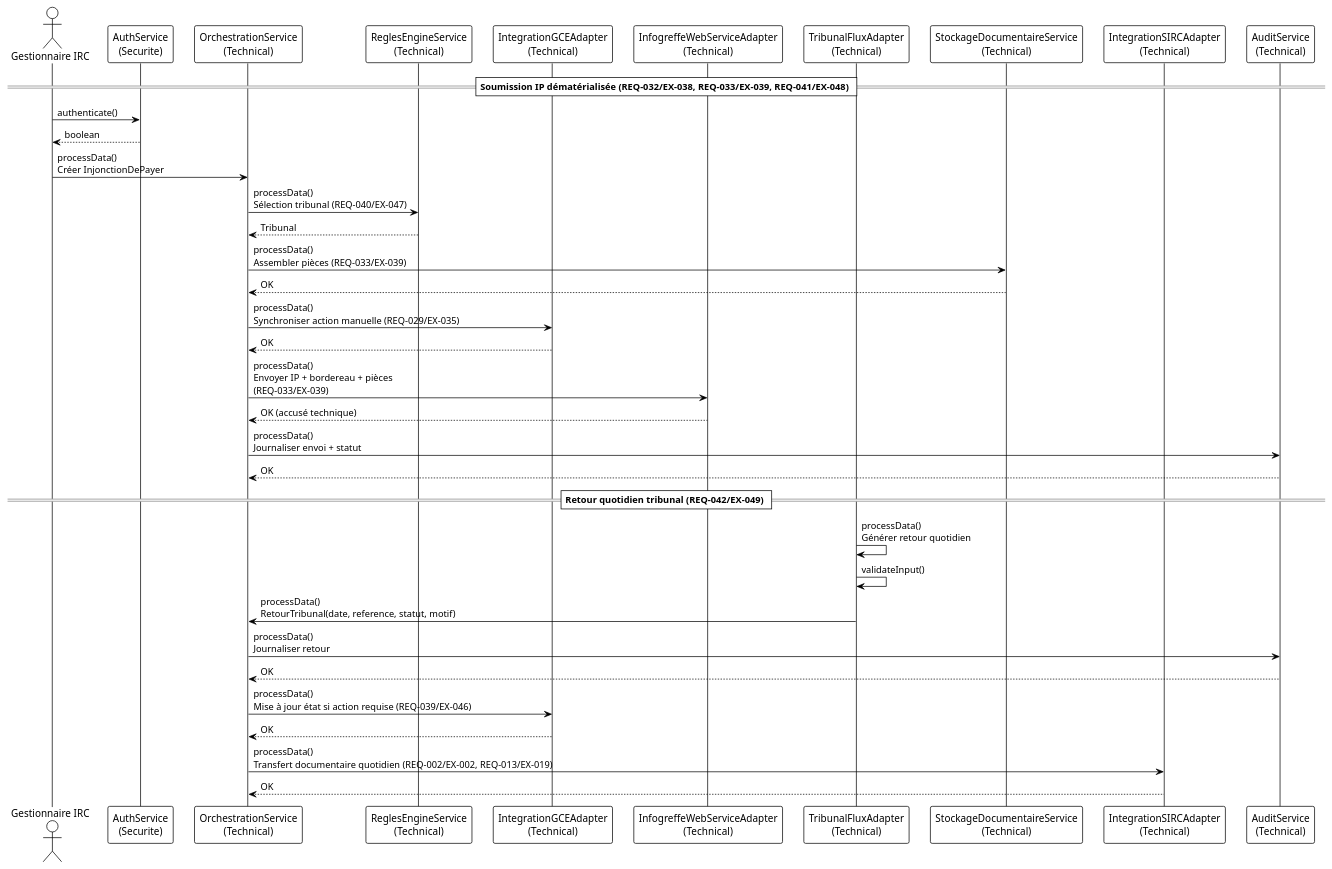
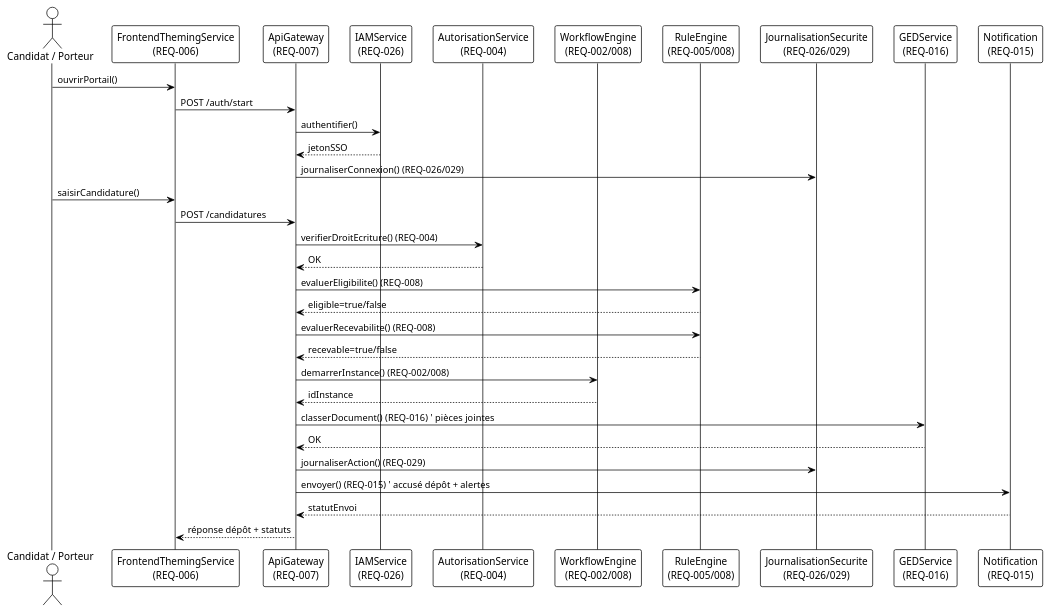
The third of 6 diagrams in output/modele_donnees.puml (Modelio-R-D/ModelioAlchemist), drawn with PlantUML before and after one commit. The commit also changed other lines of this file and 46 other files, not shown here.

```diff
--- a/output/modele_donnees.puml
+++ b/output/modele_donnees.puml
@@ -593,48 +738,42 @@
-@startuml Sequence_IP_Demat
+@startuml Sequence_Candidature
 !theme plain
 
-actor "Gestionnaire IRC" as Gestionnaire
-participant "AuthService\n(Securite)" as Auth
-participant "OrchestrationService\n(Technical)" as Orch
-participant "ReglesEngineService\n(Technical)" as Rules
-participant "IntegrationGCEAdapter\n(Technical)" as GCE
-participant "InfogreffeWebServiceAdapter\n(Technical)" as InfoG
-participant "TribunalFluxAdapter\n(Technical)" as Trib
-participant "StockageDocumentaireService\n(Technical)" as DocStore
-participant "IntegrationSIRCAdapter\n(Technical)" as SIRC
-participant "AuditService\n(Technical)" as Audit
+actor "Candidat / Porteur" as Candidat
+participant "FrontendThemingService\n(REQ-006)" as FE
+participant "ApiGateway\n(REQ-007)" as API
+participant "IAMService\n(REQ-026)" as IAM
+participant "AutorisationService\n(REQ-004)" as AUTHZ
+participant "WorkflowEngine\n(REQ-002/008)" as BPM
+participant "RuleEngine\n(REQ-005/008)" as RULES
+participant "JournalisationSecurite\n(REQ-026/029)" as LOG
+participant "GEDService\n(REQ-016)" as GED
+participant "Notification\n(REQ-015)" as NOTIF
 
-== Soumission IP dématérialisée (REQ-032/EX-038, REQ-033/EX-039, REQ-041/EX-048) ==
-Gestionnaire -> Auth : authenticate()
-Auth --> Gestionnaire : boolean
+Candidat -> FE : ouvrirPortail()
+FE -> API : POST /auth/start
+API -> IAM : authentifier()
+IAM --> API : jetonSSO
+API -> LOG : journaliserConnexion() (REQ-026/029)
 
-Gestionnaire -> Orch : processData()\nCréer InjonctionDePayer
-Orch -> Rules : processData()\nSélection tribunal (REQ-040/EX-047)
-Rules --> Orch : Tribunal
+Candidat -> FE : saisirCandidature()
+FE -> API : POST /candidatures
+API -> AUTHZ : verifierDroitEcriture() (REQ-004)
+AUTHZ --> API : OK
 
-Orch -> DocStore : processData()\nAssembler pièces (REQ-033/EX-039)
-DocStore --> Orch : OK
+API -> RULES : evaluerEligibilite() (REQ-008)
+RULES --> API : eligible=true/false
+API -> RULES : evaluerRecevabilite() (REQ-008)
+RULES --> API : recevable=true/false
 
-Orch -> GCE : processData()\nSynchroniser action manuelle (REQ-029/EX-035)
-GCE --> Orch : OK
+API -> BPM : demarrerInstance() (REQ-002/008)
+BPM --> API : idInstance
 
-Orch -> InfoG : processData()\nEnvoyer IP + bordereau + pièces\n(REQ-033/EX-039)
-InfoG --> Orch : OK (accusé technique)
+API -> GED : classerDocument() (REQ-016)  ' pièces jointes
+GED --> API : OK
 
-Orch -> Audit : processData()\nJournaliser envoi + statut
-Audit --> Orch : OK
+API -> LOG : journaliserAction() (REQ-029)
+API -> NOTIF : envoyer() (REQ-015) ' accusé dépôt + alertes
+NOTIF --> API : statutEnvoi
 
-== Retour quotidien tribunal (REQ-042/EX-049) ==
-Trib -> Trib : processData()\nGénérer retour quotidien
-Trib -> Trib : validateInput()
-Trib -> Orch : processData()\nRetourTribunal(date, reference, statut, motif)
-Orch -> Audit : processData()\nJournaliser retour
-Audit --> Orch : OK
-
-Orch -> GCE : processData()\nMise à jour état si action requise (REQ-039/EX-046)
-GCE --> Orch : OK
-
-Orch -> SIRC : processData()\nTransfert documentaire quotidien (REQ-002/EX-002, REQ-013/EX-019)
-SIRC --> Orch : OK
-
+API --> FE : réponse dépôt + statuts
 @enduml
```
